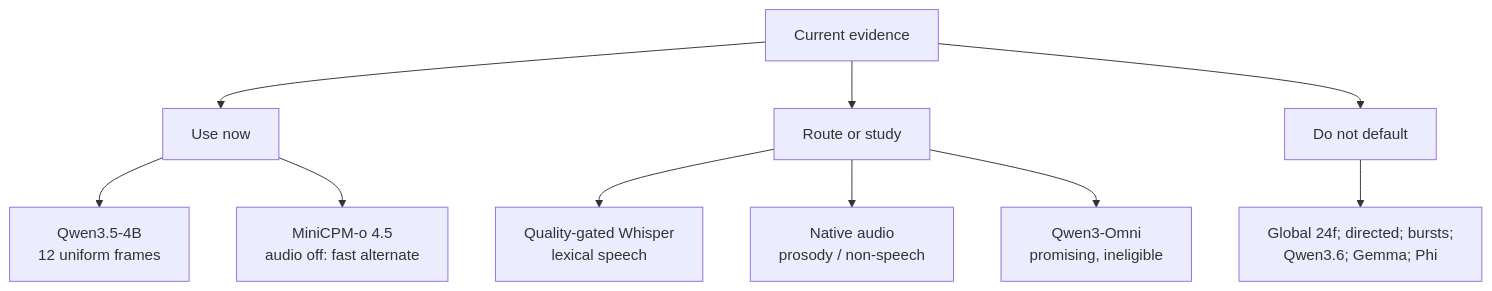
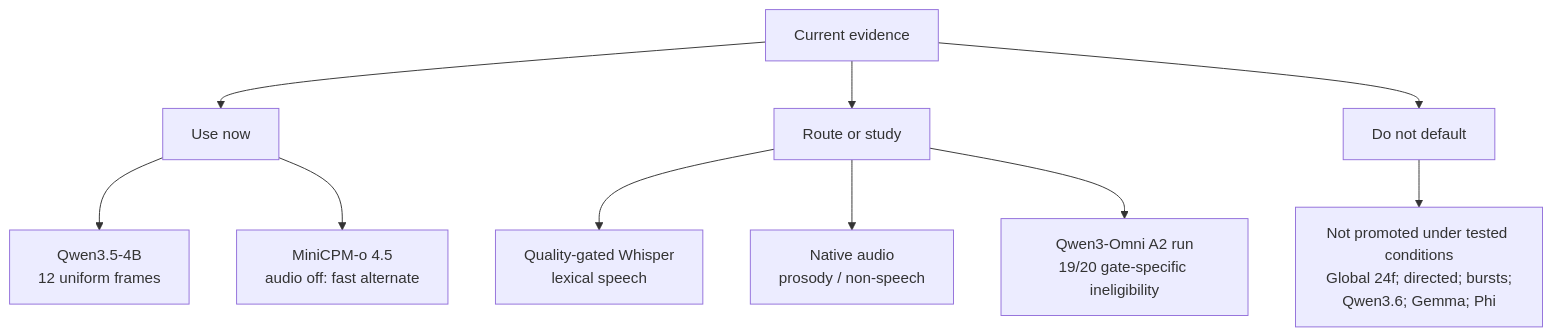
One commit to npatta01/trec_video_2026 changed the second of 2 diagrams in docs/project-status/index.md. Above: the diagram before and after it, drawn with Mermaid. The commit also changed other lines of this file and 17 other files, not shown here.

````diff
--- a/docs/project-status/index.md
+++ b/docs/project-status/index.md
@@ -74,14 +106,14 @@
 ``` mermaid
 flowchart TD
   accTitle: Current project decisions
-  accDescr: Qwen with 12 frames is the default, MiniCPM audio-off is the fast alternate, speech and native audio are routed candidates, and stopped approaches are not defaults.
+  accDescr: Qwen with 12 frames is the default, MiniCPM audio-off is the fast alternate, speech and native audio are routed candidates, several tested conditions were not promoted, and one Qwen3-Omni run missed its completion gate.
   E[Current evidence] --> D[Use now]
   E --> R[Route or study]
   E --> S[Do not default]
   D --> Q12[Qwen3.5-4B<br/>12 uniform frames]
   D --> M[MiniCPM-o 4.5<br/>audio off: fast alternate]
   R --> W[Quality-gated Whisper<br/>lexical speech]
   R --> NA[Native audio<br/>prosody / non-speech]
-  R --> O[Qwen3-Omni<br/>promising, ineligible]
-  S --> X[Global 24f; directed; bursts;<br/>Qwen3.6; Gemma; Phi]
+  R --> O[Qwen3-Omni A2 run<br/>19/20 gate-specific ineligibility]
+  S --> X[Not promoted under tested conditions<br/>Global 24f; directed; bursts;<br/>Qwen3.6; Gemma; Phi]
 ```
````
